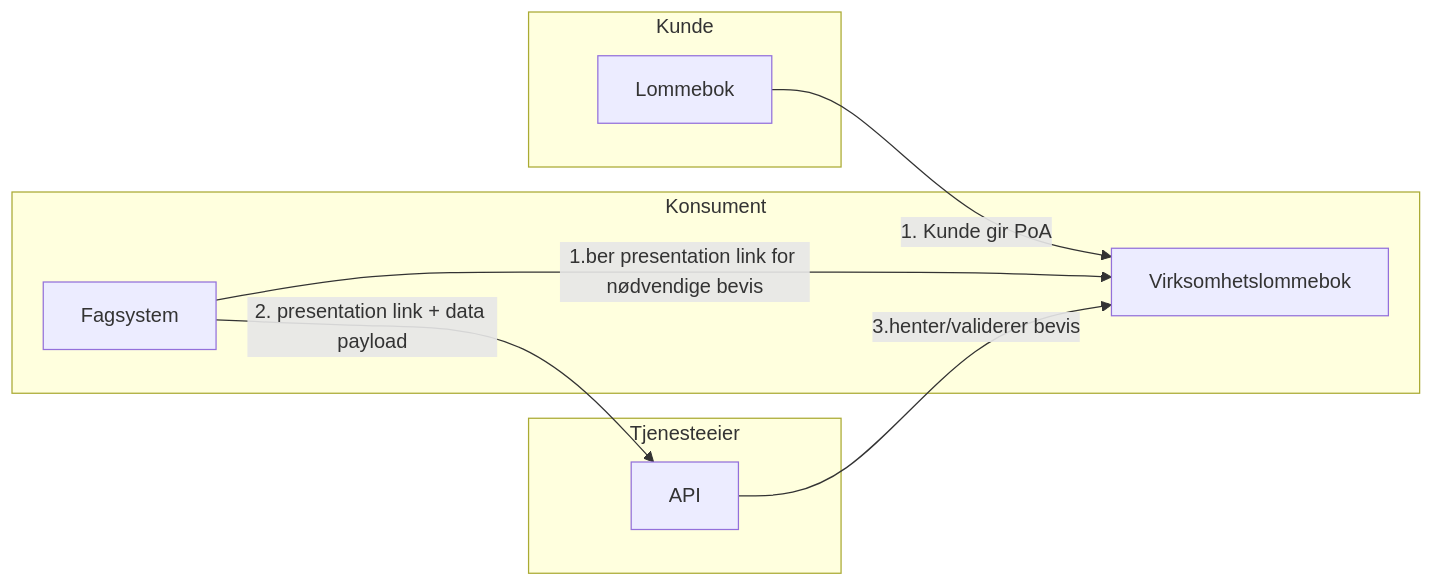
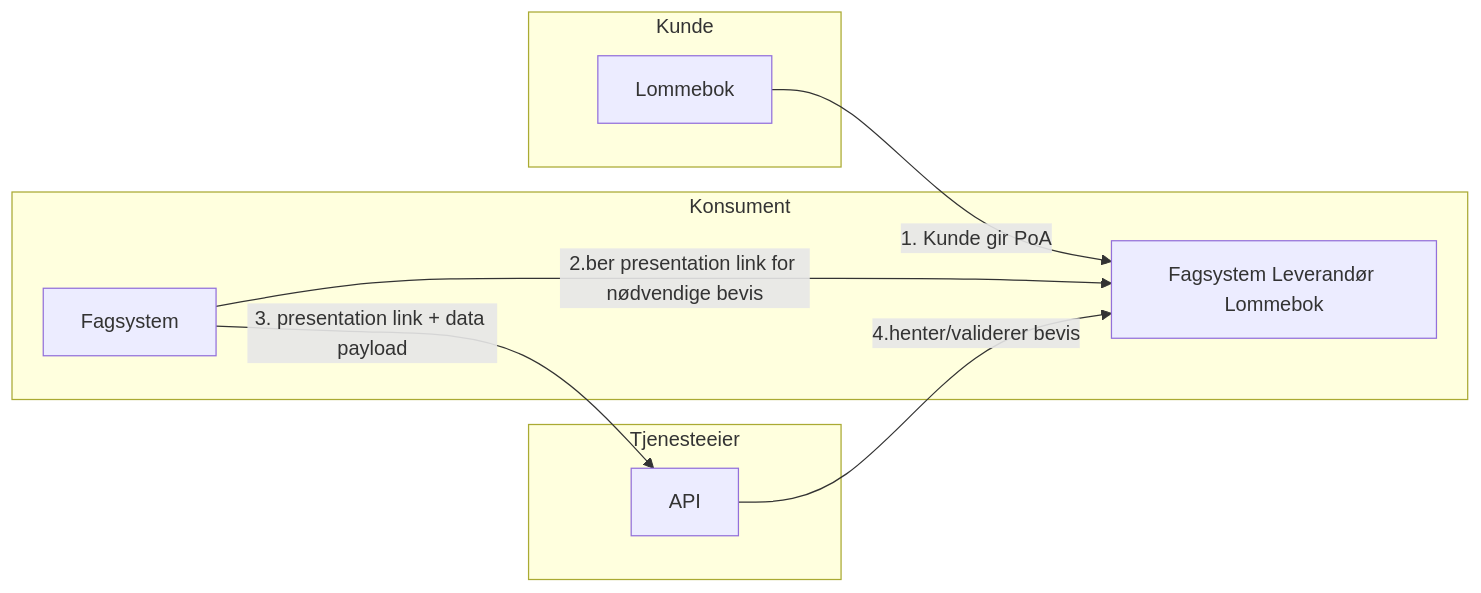
One commit to Jonas-To/wallets changed the seventh of 7 diagrams in rapportering_med _vl.md. Above: the diagram before and after it, drawn with Mermaid. The commit also changed other lines of this file, not shown here.

Commit message:
Update rapportering_med _vl.md

````diff
--- a/rapportering_med _vl.md
+++ b/rapportering_med _vl.md
@@ -197,17 +197,17 @@
 ```mermaid
 graph LR
     subgraph TE [Tjenesteeier]
         A[API]
     end
 subgraph K [Kunde]
   VL[Lommebok]
 end
 subgraph C [Konsument]
   F[Fagsystem]
-  BW[Virksomhetslommebok]
+  BW[Fagsystem Leverandør Lommebok]
 end
 VL -->|1. Kunde gir PoA| BW
-F -->|1.ber presentation link for nødvendige bevis| BW
-F -->|2. presentation link + data payload| A
-A -->|3.henter/validerer bevis|BW
+F -->|2.ber presentation link for nødvendige bevis| BW
+F -->|3. presentation link + data payload| A
+A -->|4.henter/validerer bevis|BW
 ```
````
